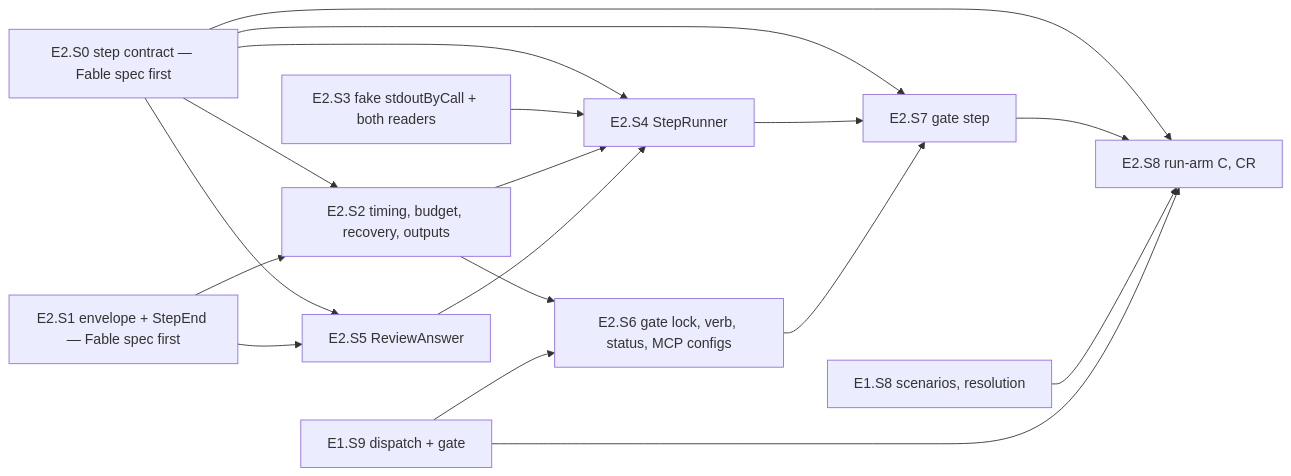
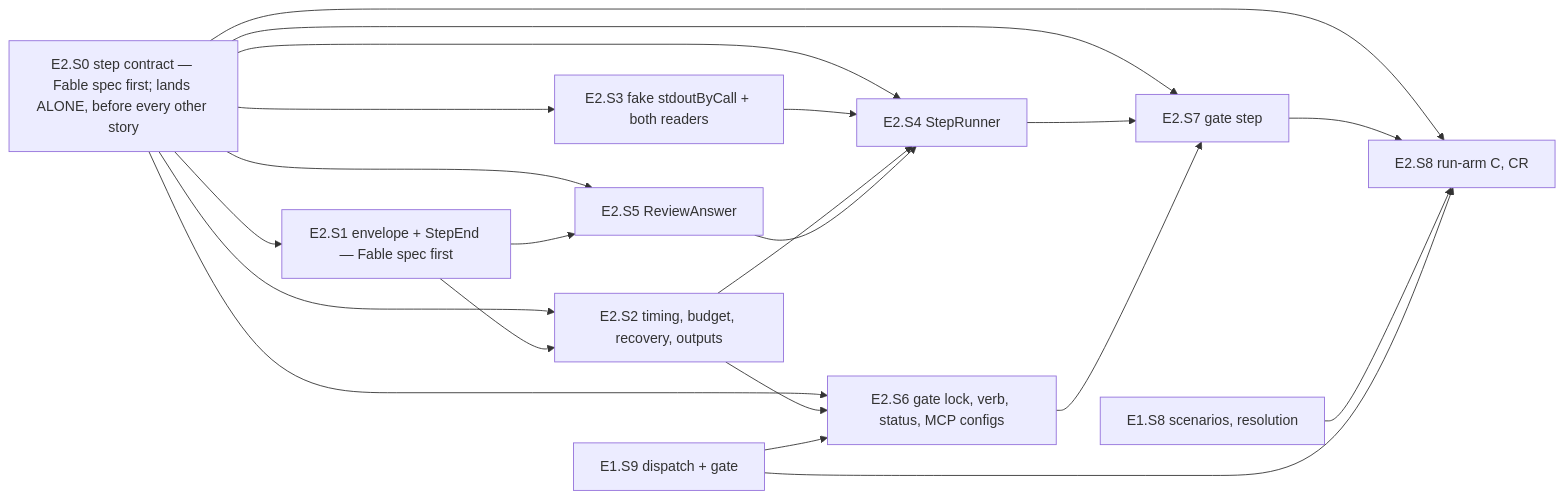
One commit to oleksandrdubyna88/dew_flow_benchmark changed the diagram in todo/PLAN_model_arms_E2.md. Above: the diagram before and after it, drawn with Mermaid. The commit also changed other lines of this file and 2 other files, not shown here.

````diff
--- a/todo/PLAN_model_arms_E2.md
+++ b/todo/PLAN_model_arms_E2.md
@@ -1441,20 +1495,23 @@
 ```mermaid
 flowchart LR
-    S0[E2.S0 step contract — Fable spec first] --> S2
+    S0[E2.S0 step contract — Fable spec first; lands ALONE, before every other story] --> S1
+    S0 --> S3
+    S0 --> S2
     S0 --> S4
     S0 --> S5
+    S0 --> S6
     S0 --> S7
     S0 --> S8
     S1[E2.S1 envelope + StepEnd — Fable spec first] --> S2[E2.S2 timing, budget, recovery, outputs]
     S1 --> S5[E2.S5 ReviewAnswer]
     S3[E2.S3 fake stdoutByCall + both readers] --> S4
     S2 --> S4[E2.S4 StepRunner]
     S5 --> S4
     S2 --> S6[E2.S6 gate lock, verb, status, MCP configs]
     E19[E1.S9 dispatch + gate] --> S6
     S4 --> S7[E2.S7 gate step]
     S6 --> S7
     S7 --> S8[E2.S8 run-arm C, CR]
     E18[E1.S8 scenarios, resolution] --> S8
     E19 --> S8
 ```
````
